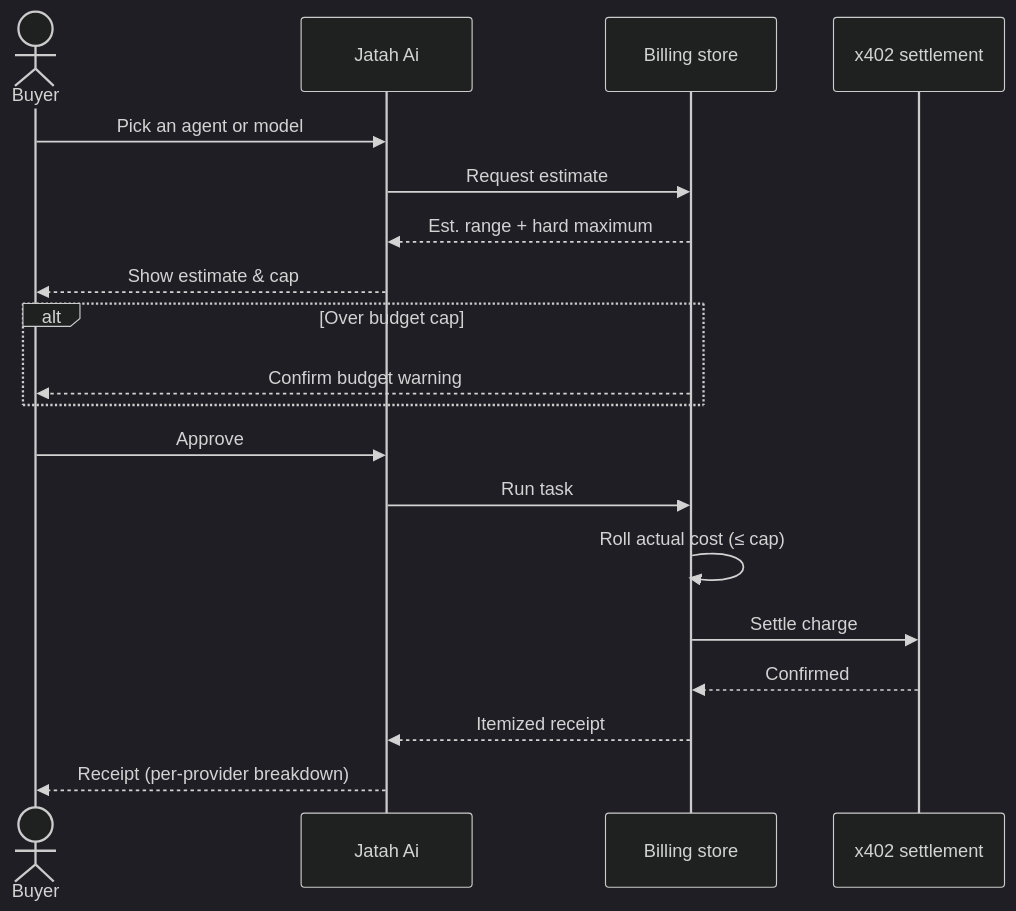
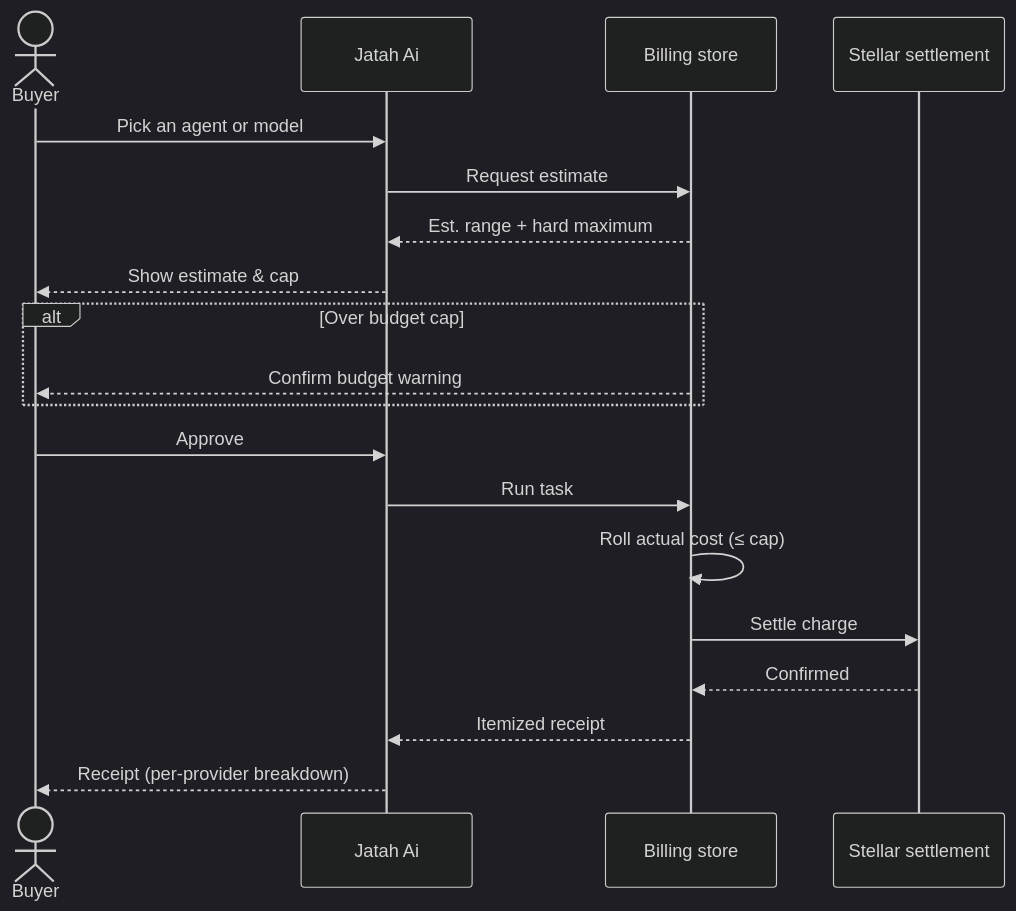
The second of 4 diagrams in README.md (artomily/jatah-ai), drawn with Mermaid (dark theme) before and after one commit. The commit also changed other lines of this file and 55 other files, not shown here.

````diff
--- a/README.md
+++ b/README.md
@@ -61,24 +61,24 @@
 ```mermaid
 sequenceDiagram
     actor Buyer
     participant UI as Jatah Ai
     participant Store as Billing store
-    participant x402 as x402 settlement
+    participant Stellar as Stellar settlement
 
     Buyer->>UI: Pick an agent or model
     UI->>Store: Request estimate
     Store-->>UI: Est. range + hard maximum
     UI-->>Buyer: Show estimate & cap
 
     alt Over budget cap
         Store-->>Buyer: Confirm budget warning
     end
 
     Buyer->>UI: Approve
     UI->>Store: Run task
     Store->>Store: Roll actual cost (≤ cap)
-    Store->>x402: Settle charge
-    x402-->>Store: Confirmed
+    Store->>Stellar: Settle charge
+    Stellar-->>Store: Confirmed
     Store-->>UI: Itemized receipt
     UI-->>Buyer: Receipt (per-provider breakdown)
 ```
````
